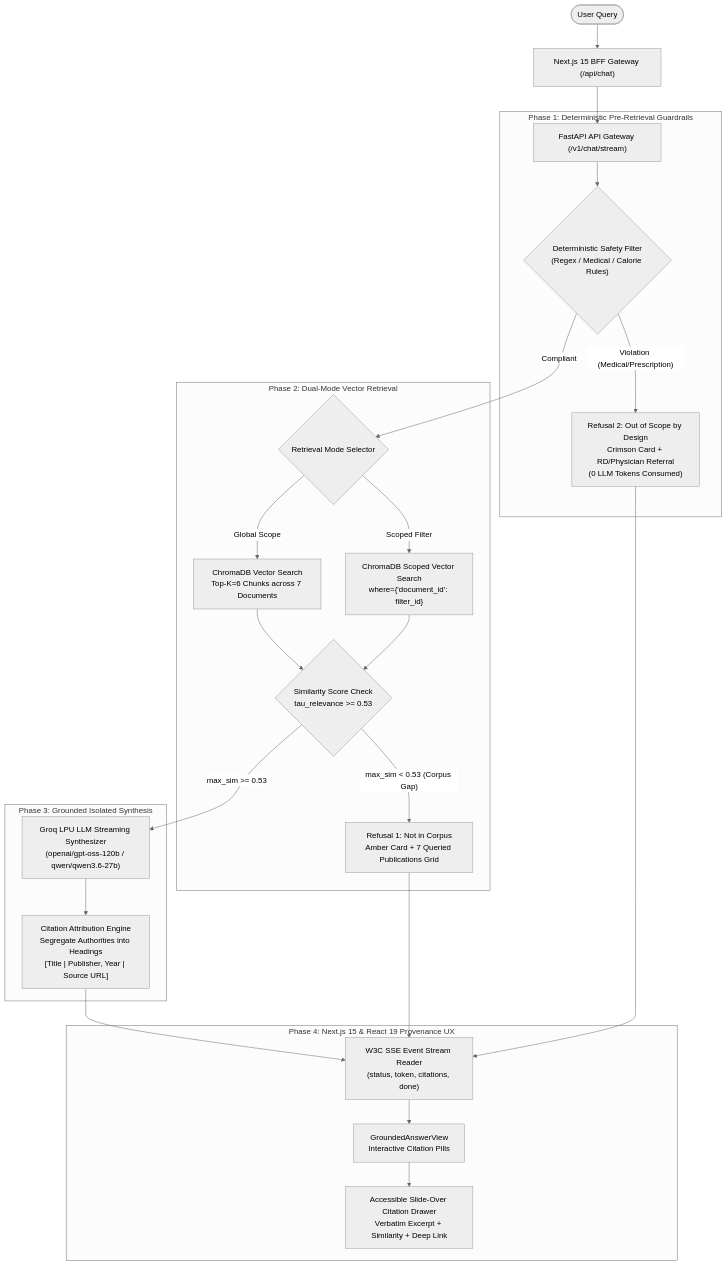
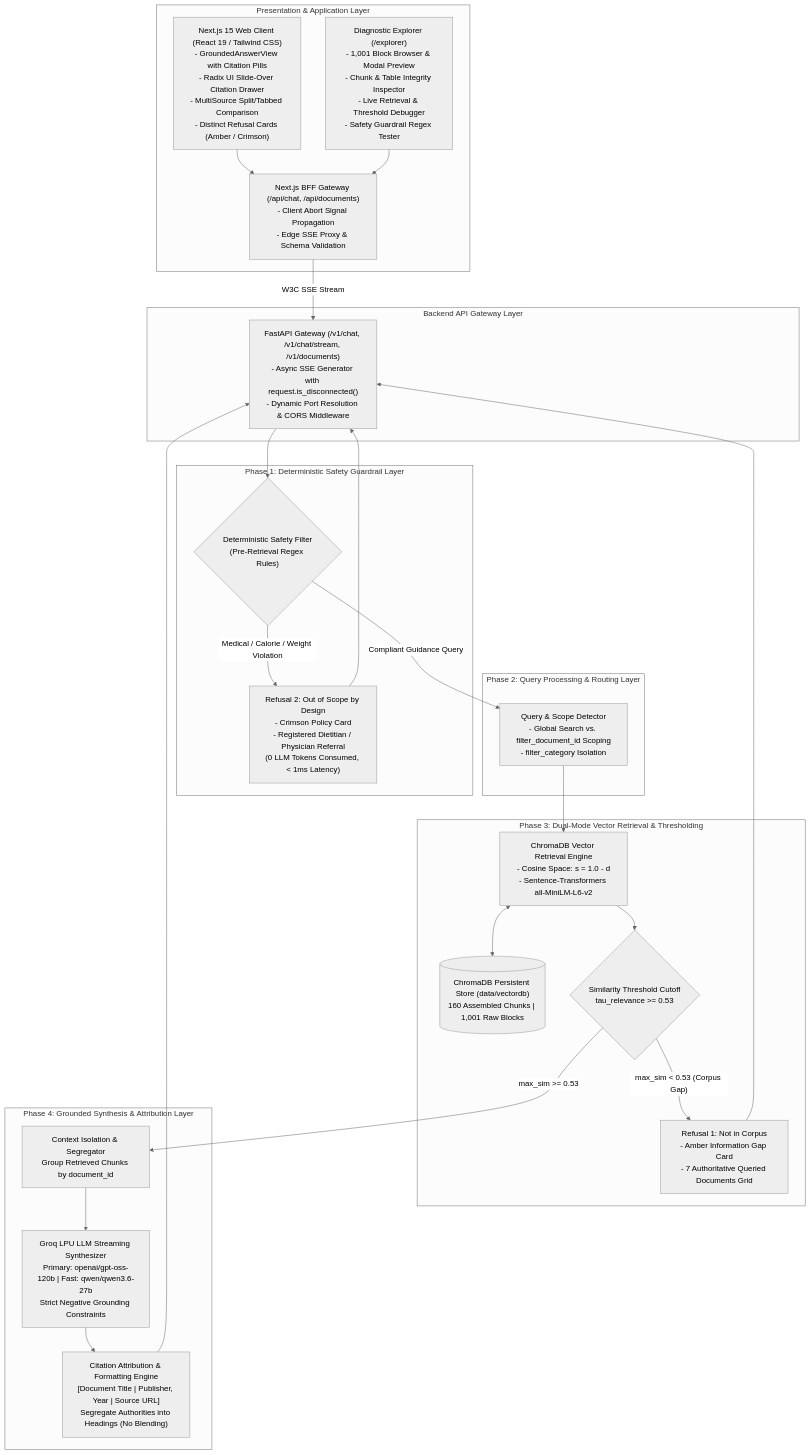
The first of 4 diagrams in README.md (sivarajthava/nutrison--rag), drawn with Mermaid (neutral theme) before and after one commit. The commit also changed other lines of this file, not shown here.

````diff
--- a/README.md
+++ b/README.md
@@ -11,32 +15,56 @@
 ```mermaid
-flowchart TD
-    User(["User Query"]) --> InputRouter["Next.js 15 BFF Gateway (/api/chat)"]
-    InputRouter --> Gateway["FastAPI API Gateway (/v1/chat/stream)"]
-
-    subgraph Guardrails["Phase 1: Deterministic Pre-Retrieval Guardrails"]
-        Gateway --> SafetyCheck{"Deterministic Safety Filter<br/>(Regex / Medical / Calorie Rules)"}
-        SafetyCheck -- "Violation (Medical/Prescription)" --> Refusal2["Refusal 2: Out of Scope by Design<br/>Crimson Card + RD/Physician Referral<br/>(0 LLM Tokens Consumed)"]
+flowchart TB
+    subgraph ClientLayer["Presentation & Application Layer"]
+        WebClient["Next.js 15 Web Client (React 19 / Tailwind CSS)<br/>- GroundedAnswerView with Citation Pills<br/>- Radix UI Slide-Over Citation Drawer<br/>- MultiSource Split/Tabbed Comparison<br/>- Distinct Refusal Cards (Amber / Crimson)"]
+        DiagnosticExplorer["Diagnostic Explorer (/explorer)<br/>- 1,001 Block Browser & Modal Preview<br/>- Chunk & Table Integrity Inspector<br/>- Live Retrieval & Threshold Debugger<br/>- Safety Guardrail Regex Tester"]
+        BFFRoute["Next.js BFF Gateway (/api/chat, /api/documents)<br/>- Client Abort Signal Propagation<br/>- Edge SSE Proxy & Schema Validation"]
     end
 
-    subgraph RetrievalEngine["Phase 2: Dual-Mode Vector Retrieval"]
-        SafetyCheck -- "Compliant" --> Router{"Retrieval Mode Selector"}
-        Router -- "Global Scope" --> ChromaGlobal["ChromaDB Vector Search<br/>Top-K=6 Chunks across 7 Documents"]
-        Router -- "Scoped Filter" --> ChromaScoped["ChromaDB Scoped Vector Search<br/>where={'document_id': filter_id}"]
-        ChromaGlobal --> CutoffCheck{"Similarity Score Check<br/>tau_relevance >= 0.53"}
-        ChromaScoped --> CutoffCheck
-        CutoffCheck -- "max_sim < 0.53 (Corpus Gap)" --> Refusal1["Refusal 1: Not in Corpus<br/>Amber Card + 7 Queried Publications Grid"]
+    subgraph GatewayLayer["Backend API Gateway Layer"]
+        APIGateway["FastAPI Gateway (/v1/chat, /v1/chat/stream, /v1/documents)<br/>- Async SSE Generator with request.is_disconnected()<br/>- Dynamic Port Resolution & CORS Middleware"]
     end
 
-    subgraph GenerationEngine["Phase 3: Grounded Isolated Synthesis"]
-        CutoffCheck -- "max_sim >= 0.53" --> Synthesizer["Groq LPU LLM Streaming Synthesizer<br/>(openai/gpt-oss-120b / qwen/qwen3.6-27b)"]
-        Synthesizer --> Formatter["Citation Attribution Engine<br/>Segregate Authorities into Headings<br/>[Title | Publisher, Year | Source URL]"]
+    subgraph GuardrailLayer["Phase 1: Deterministic Safety Guardrail Layer"]
+        SafetyFilter{"Deterministic Safety Filter<br/>(Pre-Retrieval Regex Rules)"}
+        RefusalMedical["Refusal 2: Out of Scope by Design<br/>- Crimson Policy Card<br/>- Registered Dietitian / Physician Referral<br/>(0 LLM Tokens Consumed, < 1ms Latency)"]
     end
 
-    subgraph ClientUX["Phase 4: Next.js 15 & React 19 Provenance UX"]
-        Formatter --> SSEParser["W3C SSE Event Stream Reader<br/>(status, token, citations, done)"]
-        Refusal1 --> SSEParser
-        Refusal2 --> SSEParser
-        SSEParser --> GroundedUI["GroundedAnswerView<br/>Interactive Citation Pills"]
-        GroundedUI --> CitationDrawer["Accessible Slide-Over Citation Drawer<br/>Verbatim Excerpt + Similarity + Deep Link"]
+    subgraph QueryLayer["Phase 2: Query Processing & Routing Layer"]
+        ScopeParser["Query & Scope Detector<br/>- Global Search vs. filter_document_id Scoping<br/>- filter_category Isolation"]
     end
+
+    subgraph RetrievalLayer["Phase 3: Dual-Mode Vector Retrieval & Thresholding"]
+        DenseRetriever["ChromaDB Vector Retrieval Engine<br/>- Cosine Space: s = 1.0 - d<br/>- Sentence-Transformers all-MiniLM-L6-v2"]
+        VectorStore[("ChromaDB Persistent Store (data/vectordb)<br/>160 Assembled Chunks | 1,001 Raw Blocks")]
+        ThresholdCheck{"Similarity Threshold Cutoff<br/>tau_relevance >= 0.53"}
+        RefusalCorpus["Refusal 1: Not in Corpus<br/>- Amber Information Gap Card<br/>- 7 Authoritative Queried Documents Grid"]
+    end
+
+    subgraph SynthesisLayer["Phase 4: Grounded Synthesis & Attribution Layer"]
+        ContextSegregator["Context Isolation & Segregator<br/>Group Retrieved Chunks by document_id"]
+        GroqSynthesizer["Groq LPU LLM Streaming Synthesizer<br/>Primary: openai/gpt-oss-120b | Fast: qwen/qwen3.6-27b<br/>Strict Negative Grounding Constraints"]
+        CitationEngine["Citation Attribution & Formatting Engine<br/>[Document Title | Publisher, Year | Source URL]<br/>Segregate Authorities into Headings (No Blending)"]
+    end
+
+    %% Wiring
+    WebClient --> BFFRoute
+    DiagnosticExplorer --> BFFRoute
+    BFFRoute -- "W3C SSE Stream" --> APIGateway
+    APIGateway --> SafetyFilter
+
+    SafetyFilter -- "Medical / Calorie / Weight Violation" --> RefusalMedical
+    RefusalMedical --> APIGateway
+
+    SafetyFilter -- "Compliant Guidance Query" --> ScopeParser
+    ScopeParser --> DenseRetriever
+    DenseRetriever <--> VectorStore
+    DenseRetriever --> ThresholdCheck
+
+    ThresholdCheck -- "max_sim < 0.53 (Corpus Gap)" --> RefusalCorpus
+    RefusalCorpus --> APIGateway
+
+    ThresholdCheck -- "max_sim >= 0.53" --> ContextSegregator
+    ContextSegregator --> GroqSynthesizer
+    GroqSynthesizer --> CitationEngine
+    CitationEngine --> APIGateway
 ```
````
